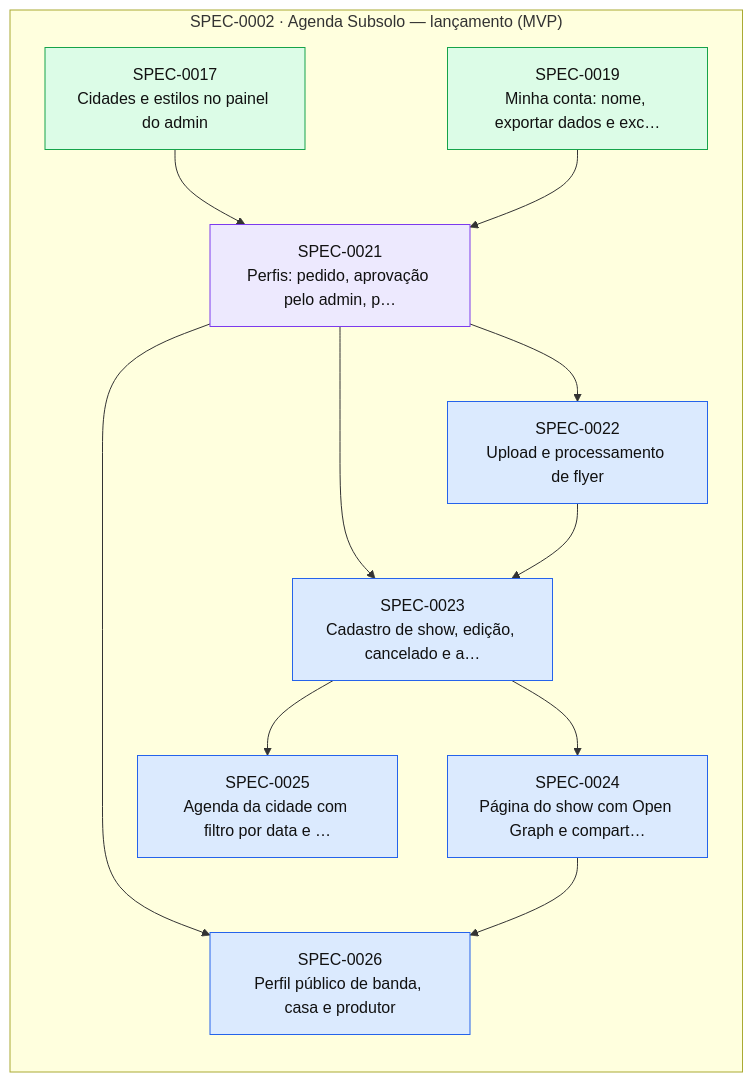
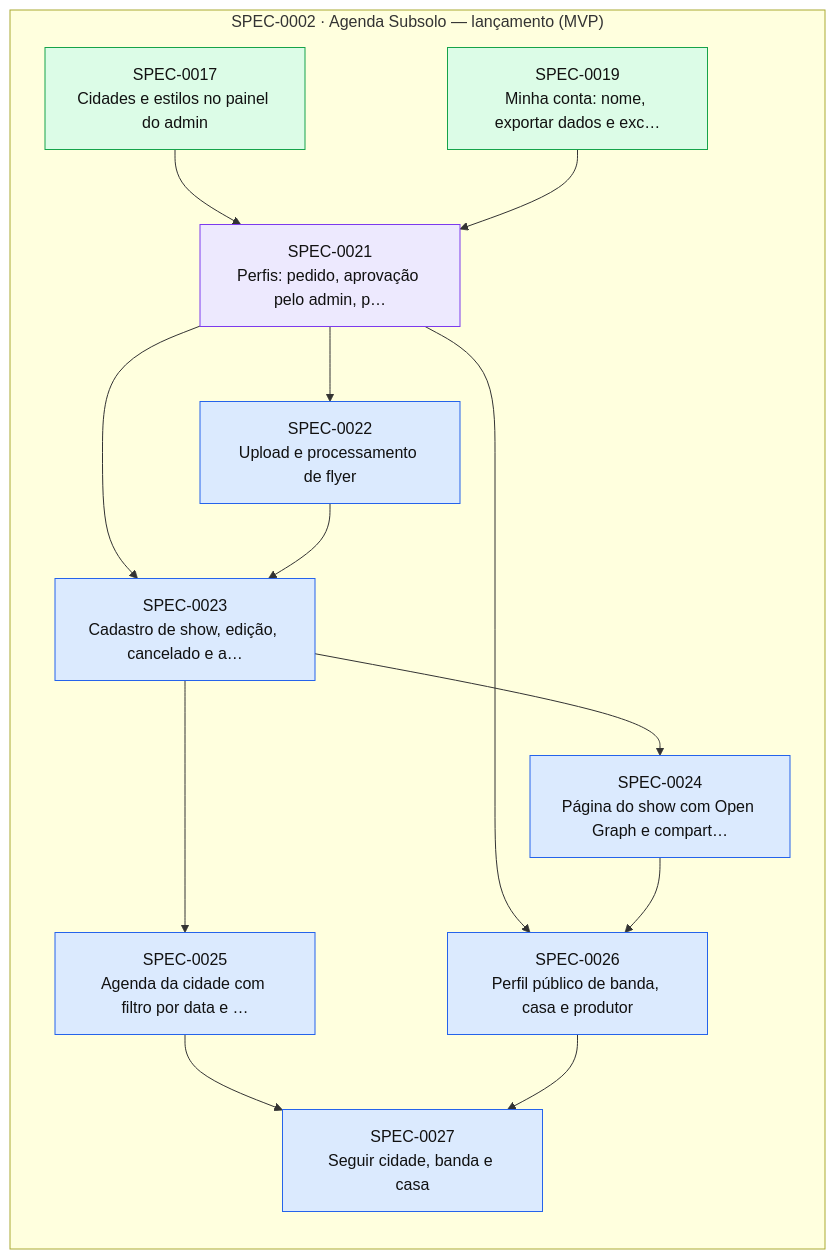
One commit to thomasravache/subsolo changed the diagram in docs/specs/INDEX.md. Above: the diagram before and after it, drawn with Mermaid. The commit also changed other lines of this file and 2 other files, not shown here.

First line of the commit message:
docs(sdd): add, approve and plan SPEC-0027 (follow) under the standing autopilot

````diff
--- a/docs/specs/INDEX.md
+++ b/docs/specs/INDEX.md
@@ -70,27 +71,30 @@
 ```mermaid
 flowchart LR
   subgraph E0002["SPEC-0002 · Agenda Subsolo — lançamento (MVP)"]
     S0017["SPEC-0017<br/>Cidades e estilos no painel do admin"]:::implemented
     S0019["SPEC-0019<br/>Minha conta: nome, exportar dados e exc…"]:::implemented
     S0021["SPEC-0021<br/>Perfis: pedido, aprovação pelo admin, p…"]:::inprogress
     S0022["SPEC-0022<br/>Upload e processamento de flyer"]:::approved
     S0023["SPEC-0023<br/>Cadastro de show, edição, cancelado e a…"]:::approved
     S0024["SPEC-0024<br/>Página do show com Open Graph e compart…"]:::approved
     S0025["SPEC-0025<br/>Agenda da cidade com filtro por data e …"]:::approved
     S0026["SPEC-0026<br/>Perfil público de banda, casa e produtor"]:::approved
+    S0027["SPEC-0027<br/>Seguir cidade, banda e casa"]:::approved
   end
   S0017 --> S0021
   S0019 --> S0021
   S0021 --> S0022
   S0021 --> S0023
   S0022 --> S0023
   S0023 --> S0024
   S0023 --> S0025
   S0021 --> S0026
   S0024 --> S0026
+  S0025 --> S0027
+  S0026 --> S0027
   classDef proposed fill:#fef3c7,stroke:#d97706,color:#111
   classDef approved fill:#dbeafe,stroke:#2563eb,color:#111
   classDef inprogress fill:#ede9fe,stroke:#7c3aed,color:#111
   classDef implemented fill:#dcfce7,stroke:#16a34a,color:#111
   classDef deprecated fill:#f3f4f6,stroke:#9ca3af,color:#6b7280
 ```
````
